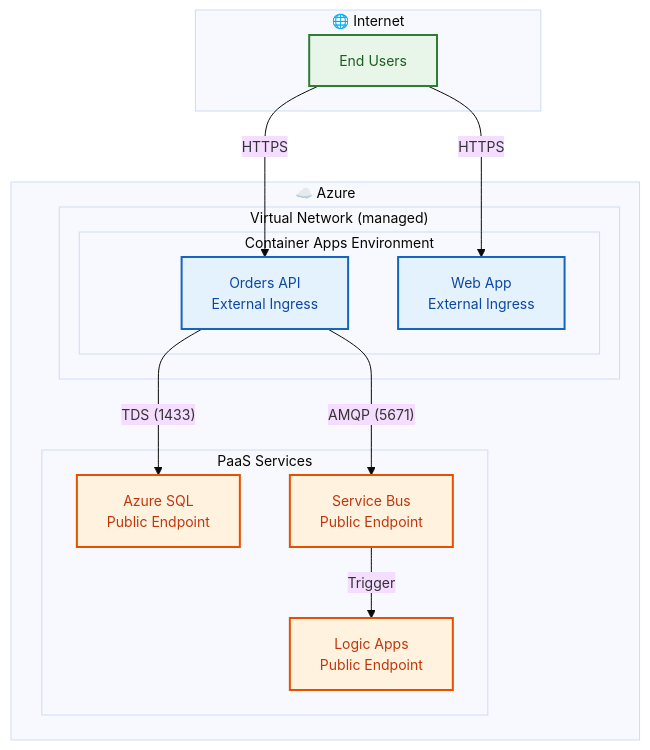
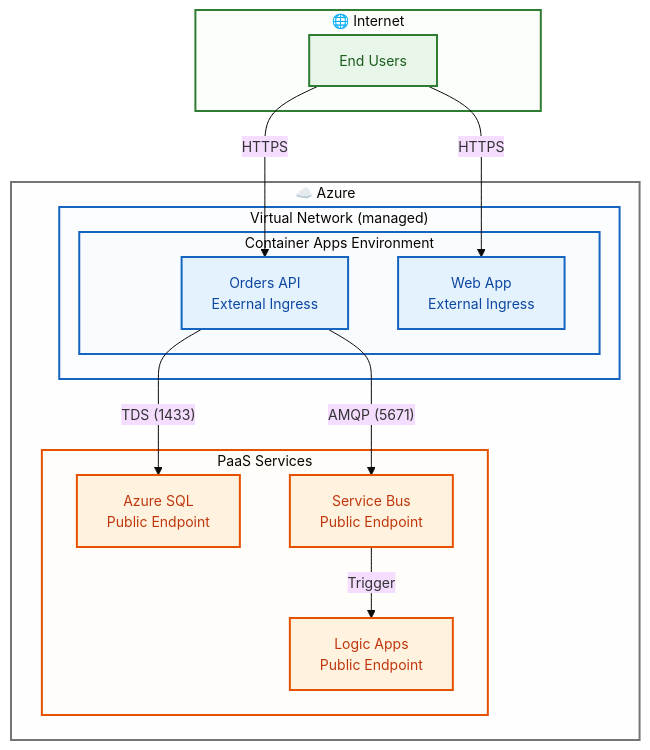
The fourth of 4 diagrams in docs/architecture/04-technology-architecture.md (Evilazaro/Azure-LogicApps-Monitoring), drawn with Mermaid before and after one commit. The commit also changed other lines of this file and 1 other file, not shown here.

Commit message:
Enhance technology architecture diagrams with improved subgraph container styling for better visual layer grouping

````diff
--- a/docs/architecture/04-technology-architecture.md
+++ b/docs/architecture/04-technology-architecture.md
@@ -398,37 +418,44 @@
 ```mermaid
 %%{init: {'theme': 'base', 'themeVariables': { 'fontSize': '14px'}}}%%
 flowchart TB
     subgraph Internet["🌐 Internet"]
         Users["End Users"]
     end
 
     subgraph Azure["☁️ Azure"]
         subgraph VNet["Virtual Network (managed)"]
             subgraph CAE["Container Apps Environment"]
                 API["Orders API<br/>External Ingress"]
                 Web["Web App<br/>External Ingress"]
             end
         end
         
         subgraph PaaS["PaaS Services"]
             SQL["Azure SQL<br/>Public Endpoint"]
             SB["Service Bus<br/>Public Endpoint"]
             LA["Logic Apps<br/>Public Endpoint"]
         end
     end
 
     Users -->|"HTTPS"| Web
     Users -->|"HTTPS"| API
     API -->|"TDS (1433)"| SQL
     API -->|"AMQP (5671)"| SB
     SB -->|"Trigger"| LA
 
     %% Accessible color palette for network zones
     classDef internet fill:#e8f5e9,stroke:#2e7d32,stroke-width:2px,color:#1b5e20
     classDef compute fill:#e3f2fd,stroke:#1565c0,stroke-width:2px,color:#0d47a1
     classDef paas fill:#fff3e0,stroke:#e65100,stroke-width:2px,color:#bf360c
 
     class Users internet
     class API,Web compute
     class SQL,SB,LA paas
+
+    %% Subgraph container styling for visual layer grouping
+    style Internet fill:#e8f5e922,stroke:#2e7d32,stroke-width:2px
+    style Azure fill:#f5f5f522,stroke:#757575,stroke-width:2px
+    style VNet fill:#e3f2fd22,stroke:#1565c0,stroke-width:2px
+    style CAE fill:#e3f2fd22,stroke:#1565c0,stroke-width:2px
+    style PaaS fill:#fff3e022,stroke:#e65100,stroke-width:2px
 ```
````
